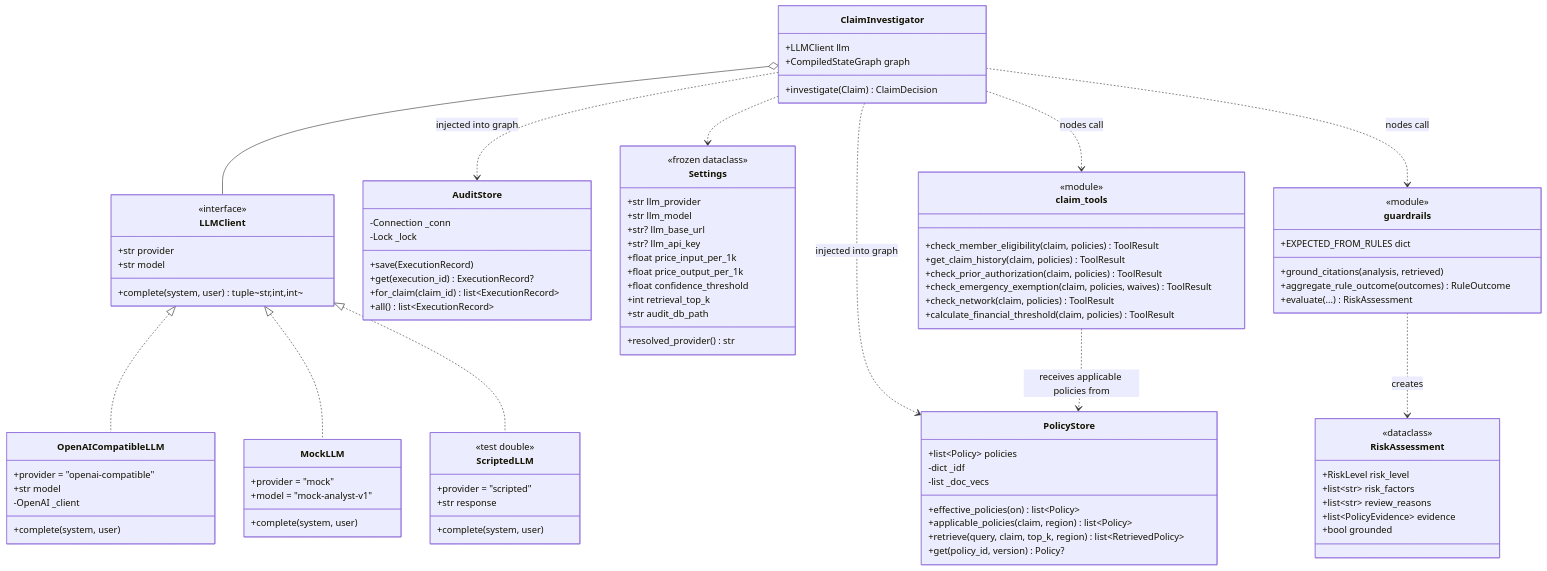
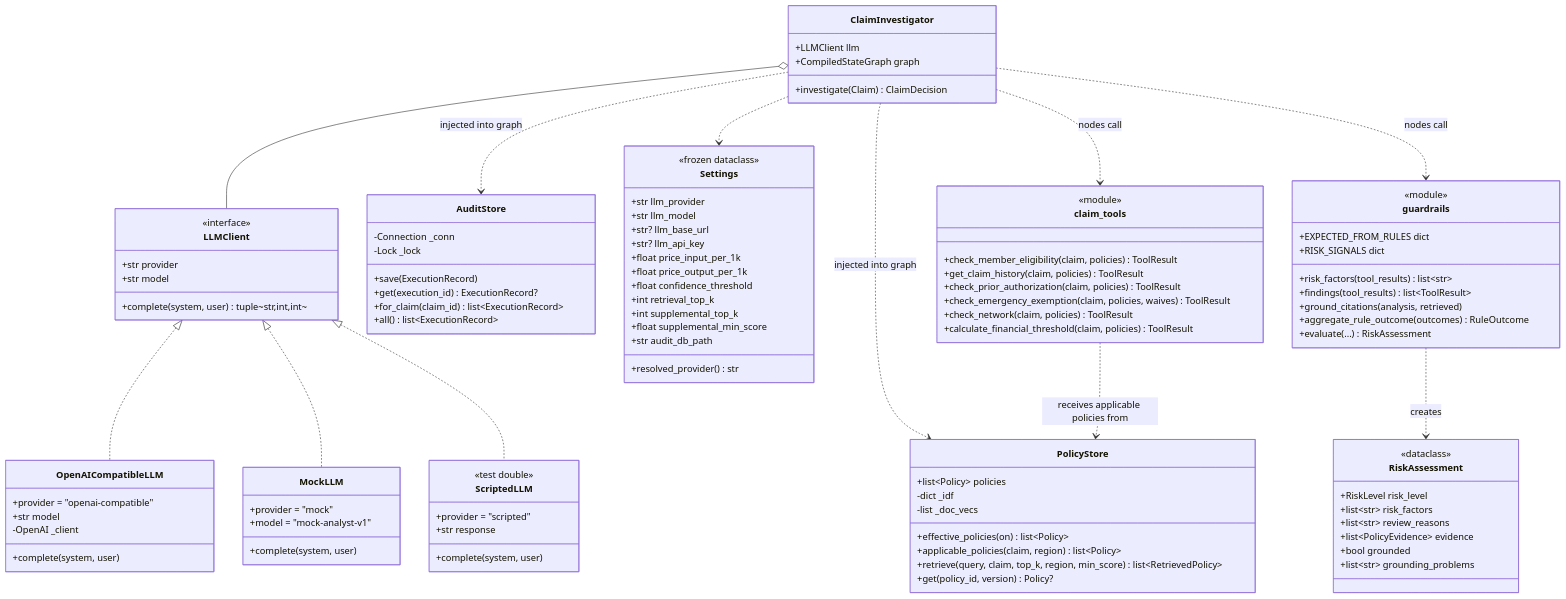
Before and after one commit to jefersonbraga/ClaimPilot: the fourth of 17 diagrams in docs/ARCHITECTURE.md, drawn with Mermaid. The commit also changed other lines of this file and 16 other files, not shown here.

```diff
--- a/docs/ARCHITECTURE.md
+++ b/docs/ARCHITECTURE.md
@@ -319,7 +324,7 @@
         -list _doc_vecs
         +effective_policies(on) list~Policy~
         +applicable_policies(claim, region) list~Policy~
-        +retrieve(query, claim, top_k, region) list~RetrievedPolicy~
+        +retrieve(query, claim, top_k, region, min_score) list~RetrievedPolicy~
         +get(policy_id, version) Policy?
     }
 
@@ -345,6 +350,7 @@
         +list~str~ review_reasons
         +list~PolicyEvidence~ evidence
         +bool grounded
+        +list~str~ grounding_problems
     }
 
     class Settings {
@@ -357,6 +363,8 @@
         +float price_output_per_1k
         +float confidence_threshold
         +int retrieval_top_k
+        +int supplemental_top_k
+        +float supplemental_min_score
         +str audit_db_path
         +resolved_provider() str
     }
@@ -374,6 +382,9 @@
     class guardrails {
         <<module>>
         +EXPECTED_FROM_RULES dict
+        +RISK_SIGNALS dict
+        +risk_factors(tool_results) list~str~
+        +findings(tool_results) list~ToolResult~
         +ground_citations(analysis, retrieved)
         +aggregate_rule_outcome(outcomes) RuleOutcome
         +evaluate(...) RiskAssessment
```
